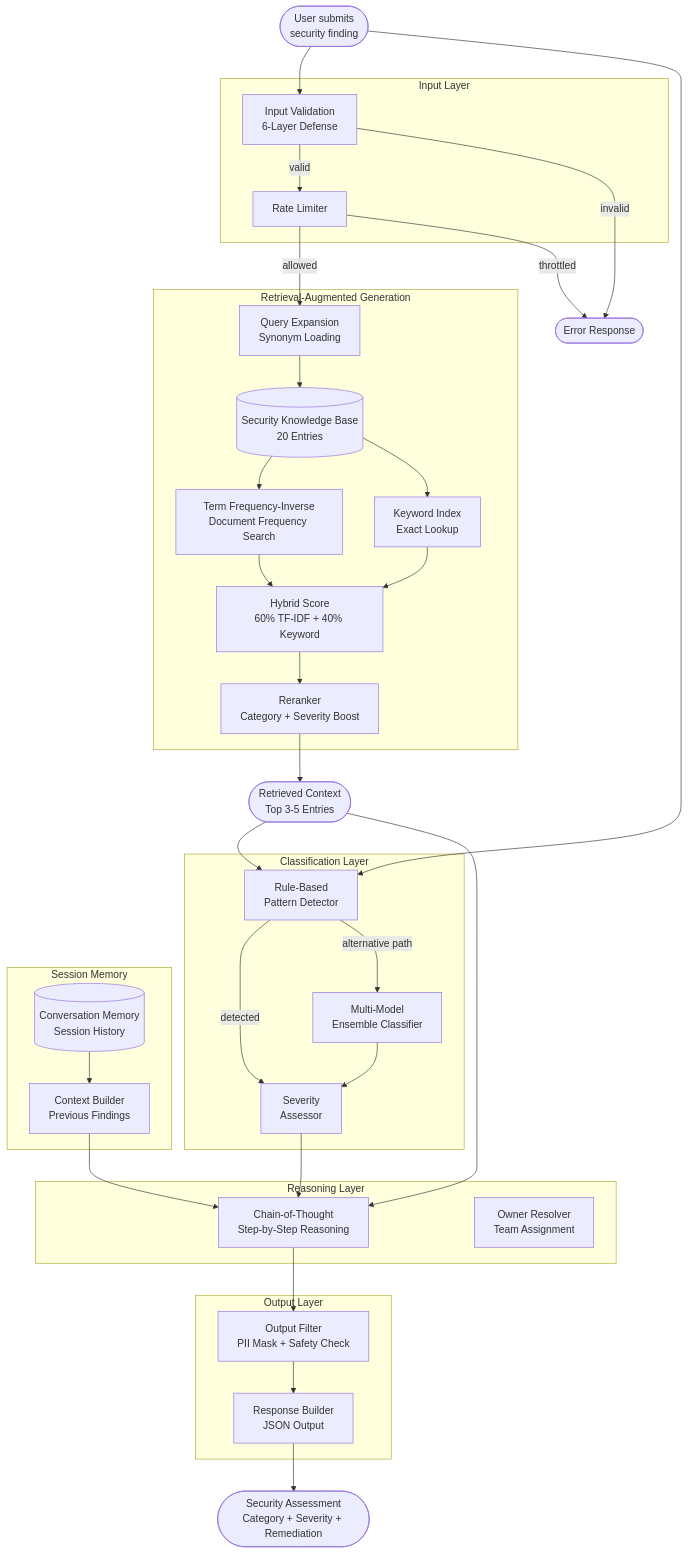
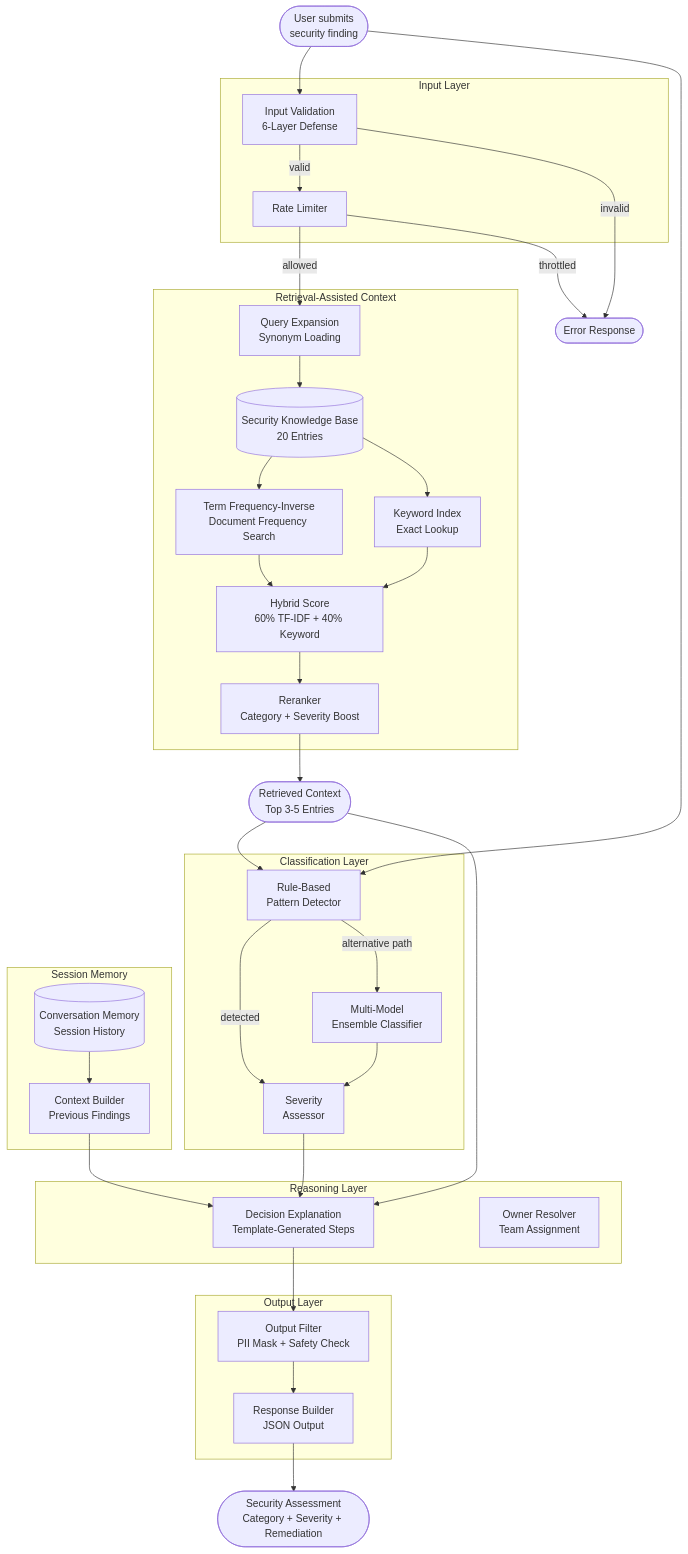
One commit to tukue/devsecops-platform-agent changed the first of 10 diagrams in README.md. Above: the diagram before and after it, drawn with Mermaid. The commit also changed other lines of this file and 4 other files, not shown here.

````diff
--- a/README.md
+++ b/README.md
@@ -159,68 +160,68 @@
 ```mermaid
 flowchart TB
     User([User submits\nsecurity finding])
 
     subgraph INPUT["Input Layer"]
         V[Input Validation\n6-Layer Defense]
         RL[Rate Limiter]
     end
 
-    subgraph RAG["Retrieval-Augmented Generation"]
+    subgraph RAG["Retrieval-Assisted Context"]
         QE[Query Expansion\nSynonym Loading]
         TFIDF["Term Frequency-Inverse\nDocument Frequency Search"]
         KW["Keyword Index\nExact Lookup"]
         HS["Hybrid Score\n60% TF-IDF + 40% Keyword"]
         RR["Reranker\nCategory + Severity Boost"]
         KB[("Security Knowledge Base\n20 Entries")]
     end
 
     subgraph CLASSIFY["Classification Layer"]
         RULE["Rule-Based\nPattern Detector"]
         ENSEMBLE["Multi-Model\nEnsemble Classifier"]
         SEV["Severity\nAssessor"]
     end
 
     subgraph MEMORY["Session Memory"]
         MEM[("Conversation Memory\nSession History")]
         CTX["Context Builder\nPrevious Findings"]
     end
 
     subgraph REASON["Reasoning Layer"]
-        COT["Chain-of-Thought\nStep-by-Step Reasoning"]
+        COT["Decision Explanation\nTemplate-Generated Steps"]
         owner["Owner Resolver\nTeam Assignment"]
     end
 
     subgraph OUTPUT["Output Layer"]
         OF["Output Filter\nPII Mask + Safety Check"]
         RESP["Response Builder\nJSON Output"]
     end
 
     User --> V
     V -->|valid| RL
     V -->|invalid| ERR([Error Response])
     RL -->|allowed| QE
     RL -->|throttled| ERR
 
     QE --> KB
     KB --> TFIDF
     KB --> KW
     TFIDF --> HS
     KW --> HS
     HS --> RR
     RR --> RAG_OUT([Retrieved Context\nTop 3-5 Entries])
 
     RAG_OUT --> RULE
     User --> RULE
     RULE -->|detected| SEV
     RULE -->|alternative path| ENSEMBLE
     ENSEMBLE --> SEV
 
     SEV --> COT
     RAG_OUT --> COT
     MEM --> CTX
     CTX --> COT
 
     COT --> OF
     OF --> RESP
     RESP --> RESULT([Security Assessment\nCategory + Severity + Remediation])
 ```
````
